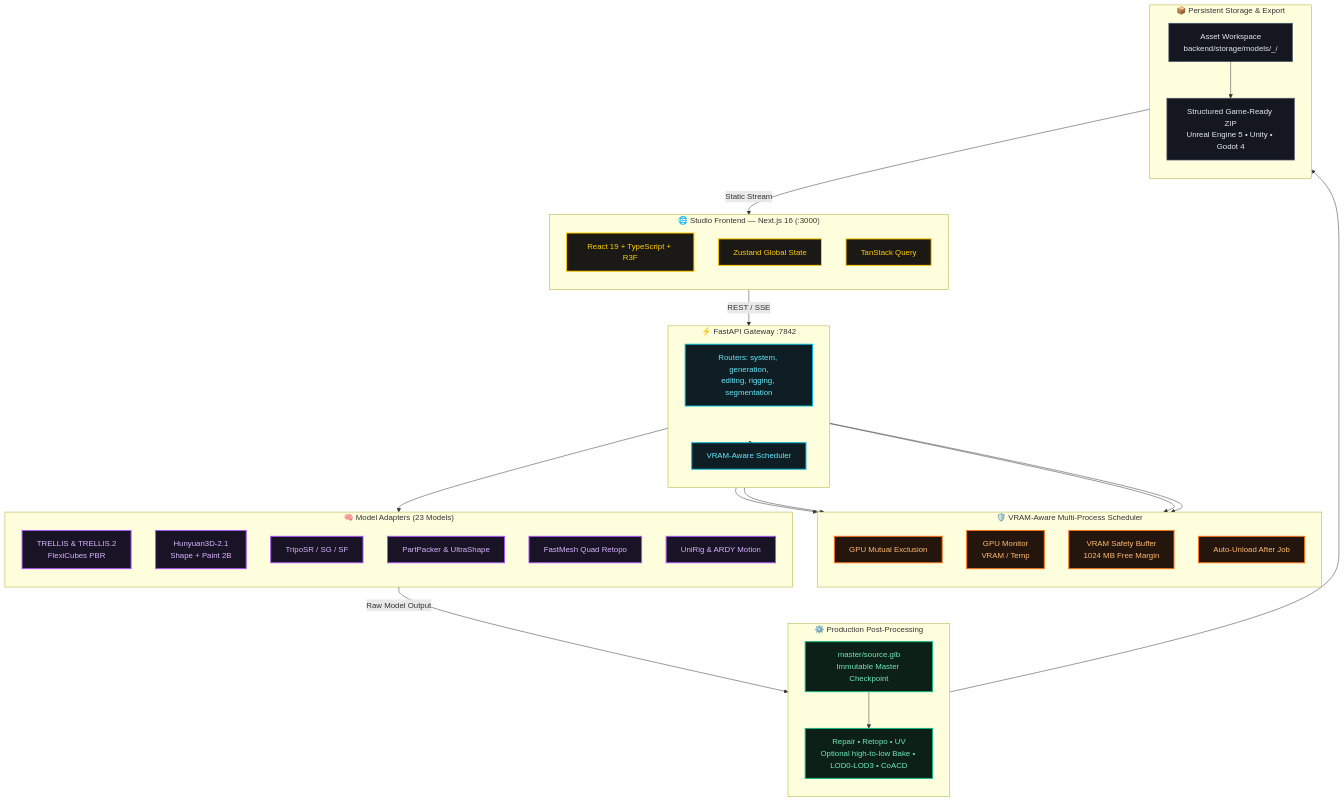
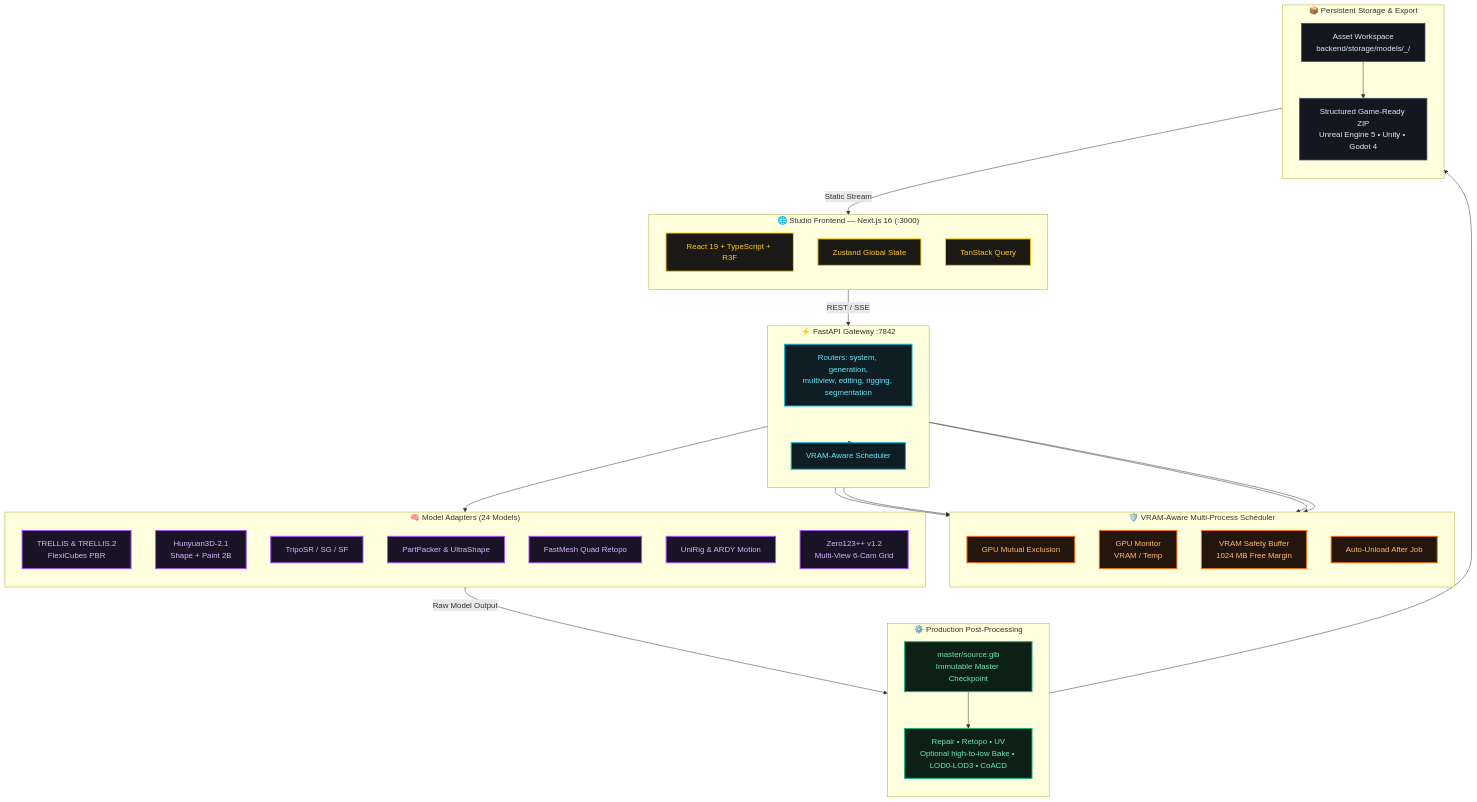
The first of 3 diagrams in Docs/SYSTEM-BLUEPRINT.md (Silentzx2/ForMash3D), drawn with Mermaid before and after one commit. The commit also changed other lines of this file and 55 other files, not shown here.

````diff
--- a/Docs/SYSTEM-BLUEPRINT.md
+++ b/Docs/SYSTEM-BLUEPRINT.md
@@ -31,65 +31,66 @@
 ```mermaid
 graph TD
     classDef gold fill:#1a1915,stroke:#ffcc00,stroke-width:2px,color:#ffcc00;
     classDef cyan fill:#0f1d24,stroke:#06b6d4,stroke-width:2px,color:#67e8f9;
     classDef purple fill:#191326,stroke:#a855f7,stroke-width:2px,color:#d8b4fe;
     classDef green fill:#0d2018,stroke:#10b981,stroke-width:2px,color:#6ee7b7;
     classDef orange fill:#24160c,stroke:#f97316,stroke-width:2px,color:#fdba74;
     classDef slate fill:#14171f,stroke:#475569,stroke-width:1.5px,color:#e2e8f0;
 
     subgraph Client["🌐 Studio Frontend — Next.js 16 (:3000)"]
         direction TB
         UI["React 19 + TypeScript + R3F"]:::gold
         STATE["Zustand Global State"]:::gold
         QUERY["TanStack Query"]:::gold
     end
 
     subgraph Gateway["⚡ FastAPI Gateway :7842"]
         direction TB
-        API["Routers: system, generation,<br/>editing, rigging, segmentation"]:::cyan
+        API["Routers: system, generation,<br/>multiview, editing, rigging, segmentation"]:::cyan
         SCHED["VRAM-Aware Scheduler"]:::cyan
     end
 
     subgraph S["🛡️ VRAM-Aware Multi-Process Scheduler"]
         direction TB
         GPU_LOCK["GPU Mutual Exclusion"]:::orange
         MONITOR["GPU Monitor<br/>VRAM / Temp"]:::orange
         SAFETY["VRAM Safety Buffer<br/>1024 MB Free Margin"]:::orange
         AUTO_UNLOAD["Auto-Unload After Job"]:::orange
     end
 
-    subgraph Adapters["🧠 Model Adapters (23 Models)"]
+    subgraph Adapters["🧠 Model Adapters (24 Models)"]
         direction TB
         TRELLIS["TRELLIS & TRELLIS.2<br/>FlexiCubes PBR"]:::purple
         HUNY["Hunyuan3D-2.1<br/>Shape + Paint 2B"]:::purple
         TRIPO["TripoSR / SG / SF"]:::purple
         PP["PartPacker & UltraShape"]:::purple
         FM["FastMesh Quad Retopo"]:::purple
         UR["UniRig & ARDY Motion"]:::purple
+        Z123["Zero123++ v1.2<br/>Multi-View 6-Cam Grid"]:::purple
     end
 
     subgraph PostProcess["⚙️ Production Post-Processing"]
         direction TB
         CHECK["master/source.glb<br/>Immutable Master Checkpoint"]:::green
         FINISH["Repair • Retopo • UV<br/>Optional high-to-low Bake • LOD0-LOD3 • CoACD"]:::green
     end
 
     subgraph Storage["📦 Persistent Storage & Export"]
         direction TB
         LOCAL["Asset Workspace<br/>backend/storage/models/<asset>_<hash>/"]:::slate
         ZIP["Structured Game-Ready ZIP<br/>Unreal Engine 5 • Unity • Godot 4"]:::slate
     end
 
     Client -- "REST / SSE" --> Gateway
     Gateway --> SCHED
     SCHED --> GPU_LOCK
     SCHED --> MONITOR
     SCHED --> SAFETY
     SCHED --> AUTO_UNLOAD
     SCHED --> Adapters
     Adapters -->|Raw Model Output| CHECK
     CHECK --> FINISH
     FINISH --> LOCAL
     LOCAL --> ZIP
     LOCAL -- "Static Stream" --> Client
 ```
````
